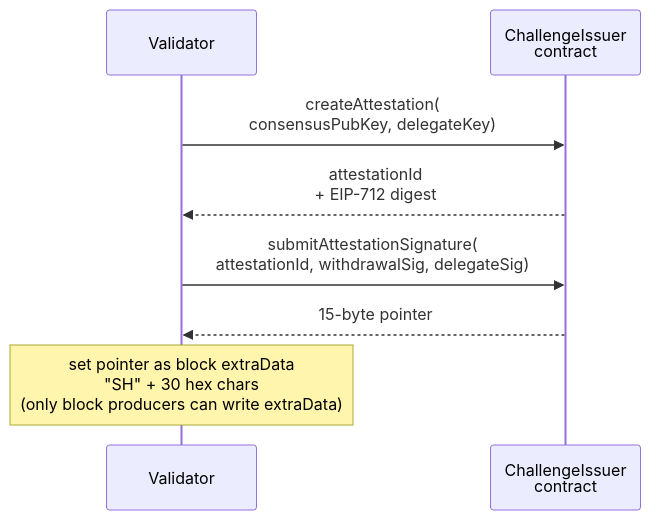
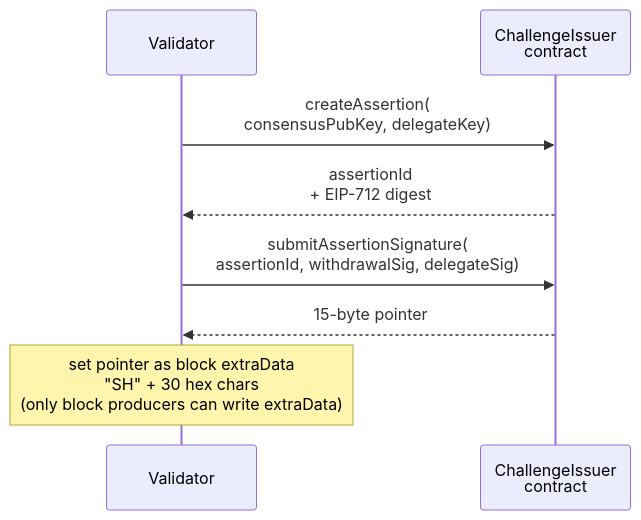
Before and after one commit to shinzonetwork/docs: the diagram in content/reference/components/outpost/index.mdx, drawn with Mermaid.

Commit message:
Renames diagram steps to use assertion wording.

````diff
--- a/content/reference/components/outpost/index.mdx
+++ b/content/reference/components/outpost/index.mdx
@@ -37,11 +37,11 @@
 ```mermaid
 sequenceDiagram
   participant V as Validator
   participant C as ChallengeIssuer<br/>contract
 
-  V->>C: createAttestation(<br/>consensusPubKey, delegateKey)
-  C-->>V: attestationId<br/>+ EIP-712 digest
-  V->>C: submitAttestationSignature(<br/>attestationId, withdrawalSig, delegateSig)
+  V->>C: createAssertion(<br/>consensusPubKey, delegateKey)
+  C-->>V: assertionId<br/>+ EIP-712 digest
+  V->>C: submitAssertionSignature(<br/>assertionId, withdrawalSig, delegateSig)
   C-->>V: 15-byte pointer
   Note over V: set pointer as block extraData<br/>"SH" + 30 hex chars<br/>(only block producers can write extraData)
 ```
````
